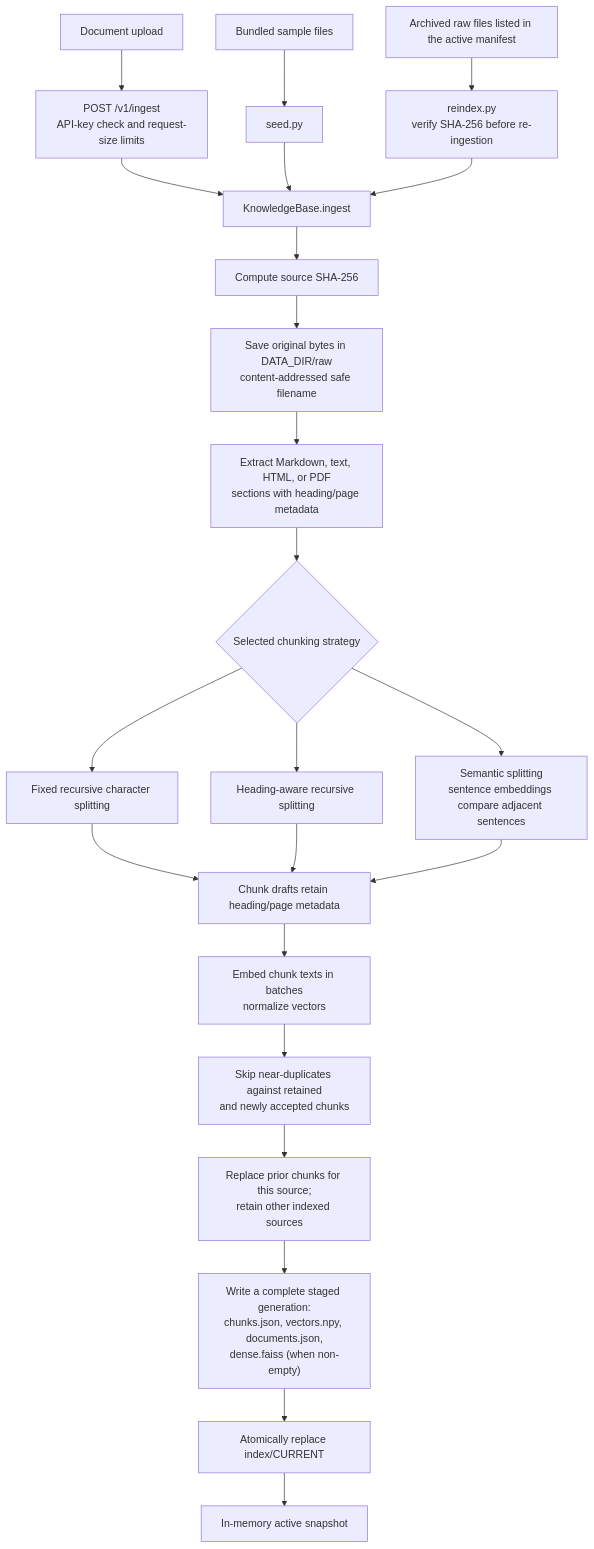
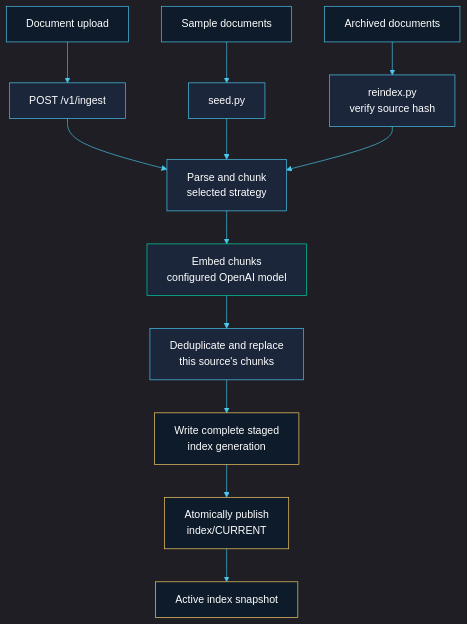
The first of 2 diagrams in README.md (patilakshay111/RetrieverOS), drawn with Mermaid before and after one commit. The commit also changed other lines of this file, not shown here.

Commit message:
Simplify production flow diagrams

````diff
--- a/README.md
+++ b/README.md
@@ -139,26 +139,25 @@
 ```mermaid
+%%{init: {'theme': 'dark', 'themeVariables': { 'primaryColor': '#0d1b2a', 'primaryTextColor': '#ffffff', 'primaryBorderColor': '#4cc9f0', 'lineColor': '#4cc9f0', 'secondaryColor': '#1b263b', 'tertiaryColor': '#4cc9f0' }}}%%
 flowchart TD
-    upload["Document upload"] --> apiIngest["POST /v1/ingest<br/>API-key check and request-size limits"]
-    sample["Bundled sample files"] --> seed["seed.py"]
-    archive["Archived raw files listed in the active manifest"] --> reindex["reindex.py<br/>verify SHA-256 before re-ingestion"]
-    apiIngest --> ingest["KnowledgeBase.ingest"]
+    upload["Document upload"] --> api["POST /v1/ingest"]
+    samples["Sample documents"] --> seed["seed.py"]
+    archive["Archived documents"] --> reindex["reindex.py<br/>verify source hash"]
+    api --> ingest["Parse and chunk<br/>selected strategy"]
     seed --> ingest
     reindex --> ingest
+    ingest --> embed["Embed chunks<br/>configured OpenAI model"]
+    embed --> dedupe["Deduplicate and replace<br/>this source's chunks"]
+    dedupe --> stage["Write complete staged<br/>index generation"]
+    stage --> publish["Atomically publish<br/>index/CURRENT"]
+    publish --> active["Active index snapshot"]
 
-    ingest --> digest["Compute source SHA-256"]
-    digest --> raw["Save original bytes in DATA_DIR/raw<br/>content-addressed safe filename"]
-    raw --> parse["Extract Markdown, text, HTML, or PDF<br/>sections with heading/page metadata"]
-    parse --> strategy{"Selected chunking strategy"}
-    strategy --> fixed["Fixed recursive character splitting"]
-    strategy --> recursive["Heading-aware recursive splitting"]
-    strategy --> semantic["Semantic splitting<br/>sentence embeddings compare adjacent sentences"]
-    fixed --> drafts["Chunk drafts retain heading/page metadata"]
-    recursive --> drafts
-    semantic --> drafts
-    drafts --> embed["Embed chunk texts in batches<br/>normalize vectors"]
-    embed --> dedup["Skip near-duplicates against retained<br/>and newly accepted chunks"]
-    dedup --> replace["Replace prior chunks for this source;<br/>retain other indexed sources"]
-    replace --> stage["Write a complete staged generation:<br/>chunks.json, vectors.npy, documents.json,<br/>dense.faiss (when non-empty)"]
-    stage --> publish["Atomically replace index/CURRENT"]
-    publish --> active["In-memory active snapshot"]
+    classDef input fill:#0d1b2a,stroke:#4cc9f0,color:#ffffff;
+    classDef process fill:#1b263b,stroke:#4cc9f0,color:#ffffff;
+    classDef storage fill:#0d1b2a,stroke:#ffd166,color:#ffffff;
+    classDef provider fill:#1b263b,stroke:#06d6a0,color:#ffffff;
+
+    class upload,samples,archive input;
+    class api,seed,reindex,ingest,dedupe process;
+    class stage,publish,active storage;
+    class embed provider;
 ```
````
